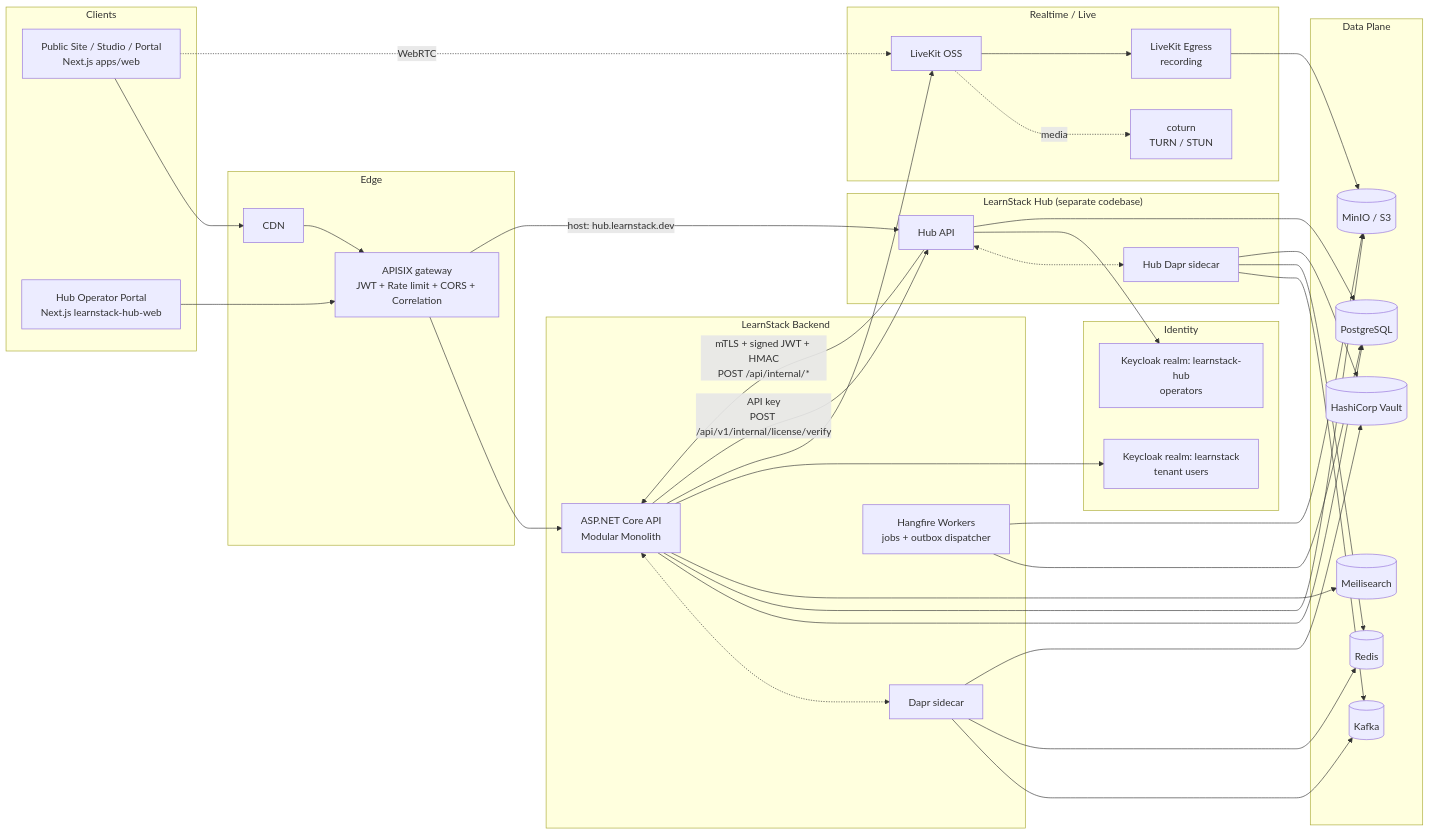
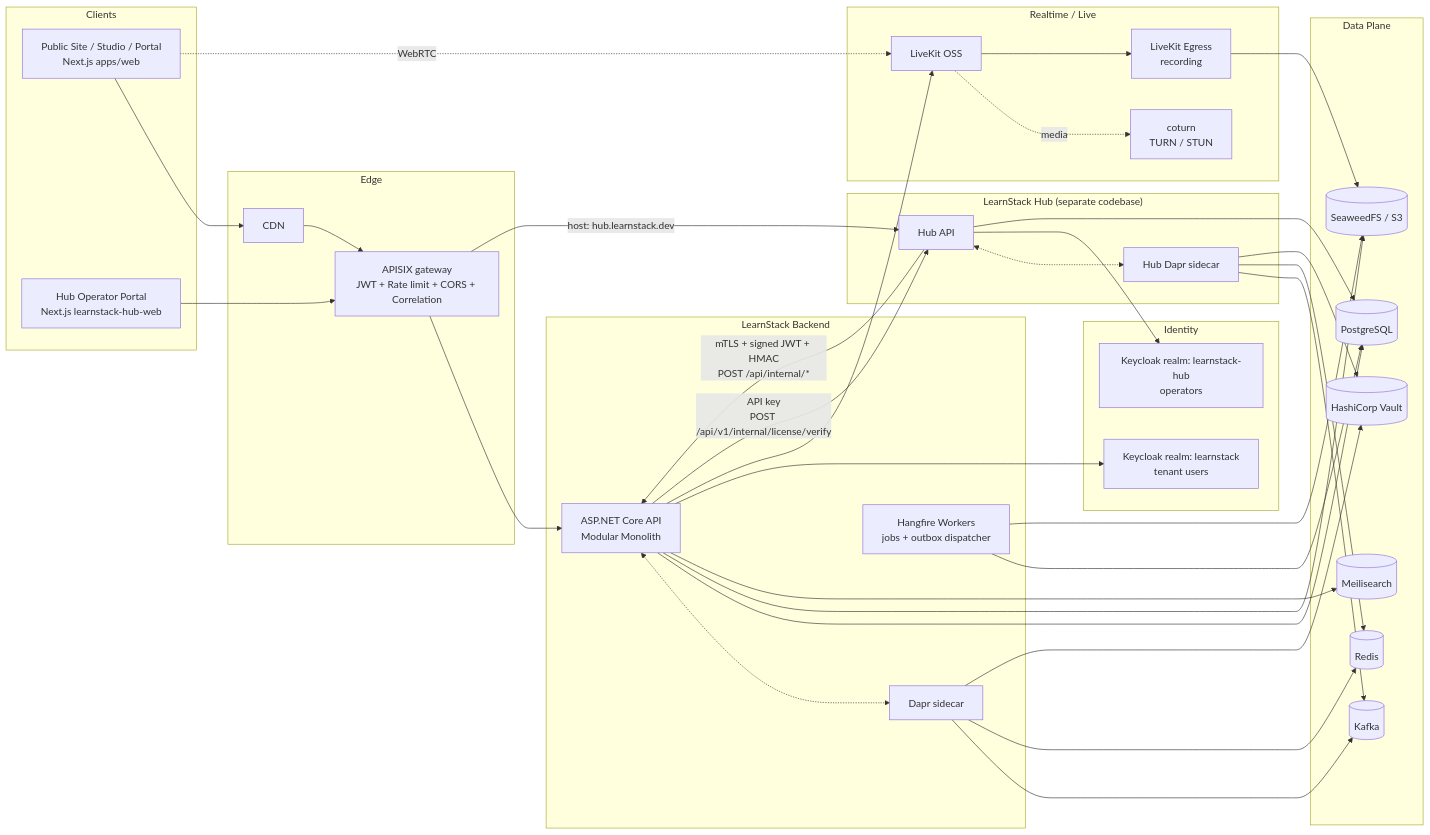
Before and after one commit to HodeTech/LearnStack: the first of 2 diagrams in docs/architecture/04-technical-architecture.md, drawn with Mermaid. The commit also changed other lines of this file and 42 other files, not shown here.

````diff
--- a/docs/architecture/04-technical-architecture.md
+++ b/docs/architecture/04-technical-architecture.md
@@ -30,74 +30,74 @@
 ```mermaid
 flowchart LR
   subgraph clients["Clients"]
     web[Public Site / Studio / Portal<br/>Next.js apps/web]
     hubweb[Hub Operator Portal<br/>Next.js learnstack-hub-web]
   end
 
   subgraph edge["Edge"]
     cdn[CDN]
     apisix[APISIX gateway<br/>JWT + Rate limit + CORS + Correlation]
   end
 
   subgraph backend["LearnStack Backend"]
     api[ASP.NET Core API<br/>Modular Monolith]
     daprd1[Dapr sidecar]
     workers[Hangfire Workers<br/>jobs + outbox dispatcher]
   end
 
   subgraph hubplane["LearnStack Hub (separate codebase)"]
     hubapi[Hub API]
     daprd2[Hub Dapr sidecar]
   end
 
   subgraph data["Data Plane"]
     pg[(PostgreSQL)]
     redis[(Redis)]
-    minio[(MinIO / S3)]
+    seaweedfs[(SeaweedFS / S3)]
     meili[(Meilisearch)]
     kafka[(Kafka)]
     vault[(HashiCorp Vault)]
   end
 
   subgraph realtime["Realtime / Live"]
     lk[LiveKit OSS]
     egress[LiveKit Egress<br/>recording]
     turn[coturn<br/>TURN / STUN]
   end
 
   subgraph identity["Identity"]
     kc_main[Keycloak realm: learnstack<br/>tenant users]
     kc_hub[Keycloak realm: learnstack-hub<br/>operators]
   end
 
   web --> cdn --> apisix --> api
   hubweb --> apisix
   apisix -- "host: hub.learnstack.dev" --> hubapi
   web -. WebRTC .-> lk
   lk -. media .-> turn
 
   api <-.-> daprd1
   daprd1 --> kafka
   daprd1 --> redis
   daprd1 --> vault
 
   hubapi <-.-> daprd2
   daprd2 --> kafka
   daprd2 --> redis
   daprd2 --> vault
 
   api --> pg
-  api --> minio
+  api --> seaweedfs
   api --> meili
   api --> kc_main
   api --> lk
   workers --> pg
-  workers --> minio
-  egress --> minio
+  workers --> seaweedfs
+  egress --> seaweedfs
   lk --> egress
 
   hubapi -- "mTLS + signed JWT + HMAC<br/>POST /api/internal/*" --> api
   api -- "API key<br/>POST /api/v1/internal/license/verify" --> hubapi
   hubapi --> kc_hub
   hubapi --> pg
 ```
````
